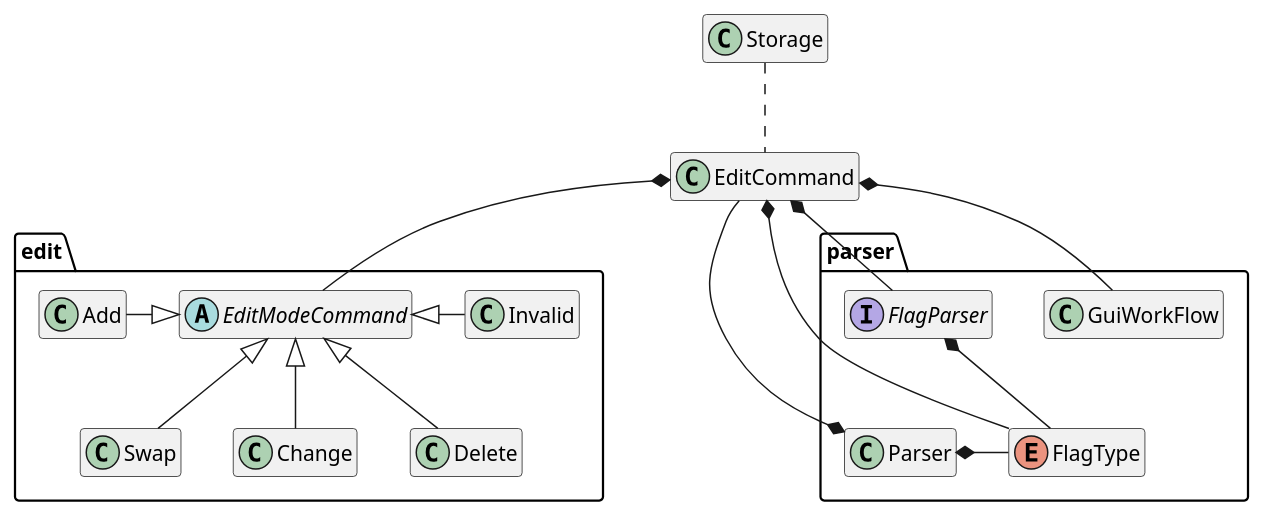
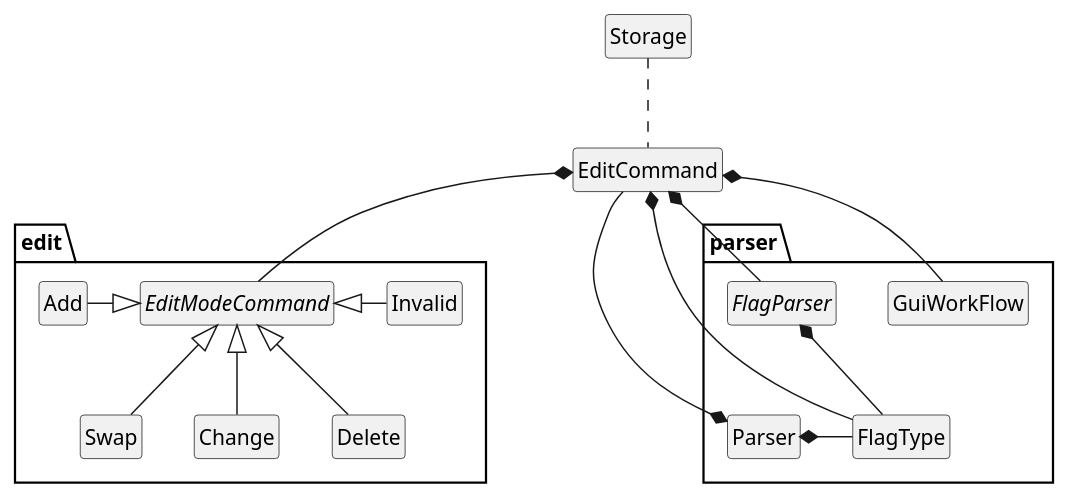
One commit to nus-cs2113-AY2223S1/tp changed the diagram in docs/diagrams/EditCommand.puml. Above: the diagram before and after it, drawn with PlantUML. The commit also changed 22 other files, not shown here.

```diff
--- a/docs/diagrams/EditCommand.puml
+++ b/docs/diagrams/EditCommand.puml
@@ -1,44 +1,43 @@
 @startuml
-'https://plantuml.com/sequence-diagram
-
+skinparam Style strictuml
 hide fields
 hide methods
 
 package edit {
 abstract class EditModeCommand
 class Add
 class Change
 class Delete
 class Swap
 class Invalid
 }
 
 package parser {
 interface FlagParser
 enum FlagType
 class Parser
 class GuiWorkFlow
 }
 
 class EditCommand
 class Storage
 
 Add -right-^ EditModeCommand
 Change -up-^ EditModeCommand
 Delete -up-^ EditModeCommand
 Swap -up-^ EditModeCommand
 Invalid -left-^ EditModeCommand
 
 EditModeCommand -up-* EditCommand
 GuiWorkFlow -up-* EditCommand
 
 Storage .down. EditCommand
 
 FlagType -up-* FlagParser
 FlagType -up-* EditCommand
 FlagType -right-* Parser
 
 FlagParser -left-* EditCommand
 
 EditCommand -down-* Parser
 @enduml
```
